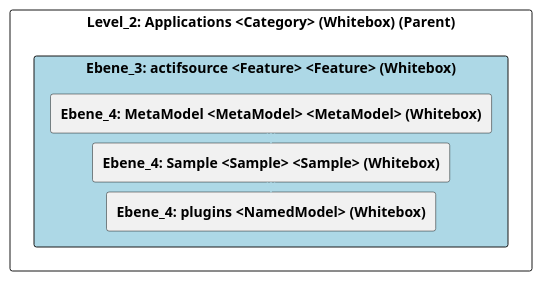
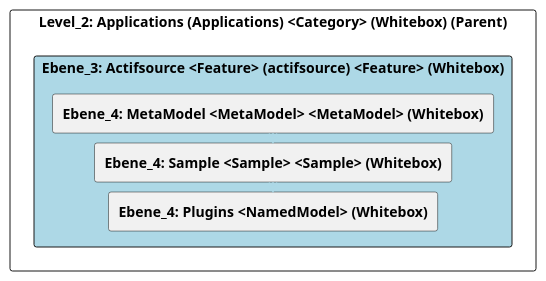
Before and after one commit to marcozwyssig/cleon: the diagram in doc/cleonproject_deliverables_architecture_model_architecture/adoc/de/05_bausteinsicht/cleon/applications/actifsource/ebene_3_actifsource.adoc, drawn with PlantUML. The commit also changed other lines of this file and 166 other files, not shown here.

```diff
--- a/doc/cleonproject_deliverables_architecture_model_architecture/adoc/de/05_bausteinsicht/cleon/applications/actifsource/ebene_3_actifsource.adoc
+++ b/doc/cleonproject_deliverables_architecture_model_architecture/adoc/de/05_bausteinsicht/cleon/applications/actifsource/ebene_3_actifsource.adoc
@@ -20,30 +20,30 @@
-[plantuml, Ebene_3: actifsource <Feature> <Feature> (Whitebox)BlockOverview, format="svg"]
+[plantuml, Ebene_3: Actifsource <Feature> (actifsource) <Feature> (Whitebox)BlockOverview, format="svg"]
 ----
-@startuml Ebene_3: actifsource <Feature> <Feature> (Whitebox)BuildingBlockOverview
+@startuml Ebene_3: Actifsource <Feature> (actifsource) <Feature> (Whitebox)BuildingBlockOverview
 
 skinparam ranksep 10
 skinparam componentStyle rectangle
 skinparam shadowing false
 skinparam arrowColor lightblue
 skinparam arrowThickness 1.2
 skinparam rectangle {
   BackgroundColor White
   BorderColor #333
   RoundCorner 10
 }
 top to bottom direction
 
-component "Level_2: Applications <Category> (Whitebox) (Parent)" {
-    component "Ebene_3: actifsource <Feature> <Feature> (Whitebox)" #lightblue {
+component "Level_2: Applications (Applications) <Category> (Whitebox) (Parent)" {
+    component "Ebene_3: Actifsource <Feature> (actifsource) <Feature> (Whitebox)" #lightblue {
         [**Ebene_4: MetaModel <MetaModel> <MetaModel> (Whitebox)**] as 4A56DE43_D579_11EE_903E_9F564E4DE07E
         [**Ebene_4: Sample <Sample> <Sample> (Whitebox)**] as 4A570568_D579_11EE_903E_9F564E4DE07E
-        [**Ebene_4: plugins <NamedModel> (Whitebox)**] as 4A56DE4E_D579_11EE_903E_9F564E4DE07E
+        [**Ebene_4: Plugins <NamedModel> (Whitebox)**] as 4A56DE4E_D579_11EE_903E_9F564E4DE07E
     }
 
     4A56DE43_D579_11EE_903E_9F564E4DE07E -down-> 4A570568_D579_11EE_903E_9F564E4DE07E
     4A570568_D579_11EE_903E_9F564E4DE07E -down-> 4A56DE4E_D579_11EE_903E_9F564E4DE07E
     
 }
 
 @enduml
 ----
```
